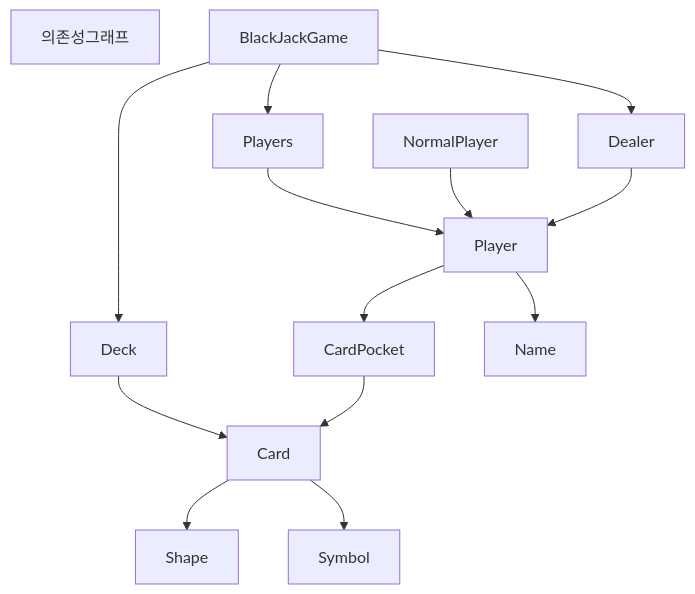
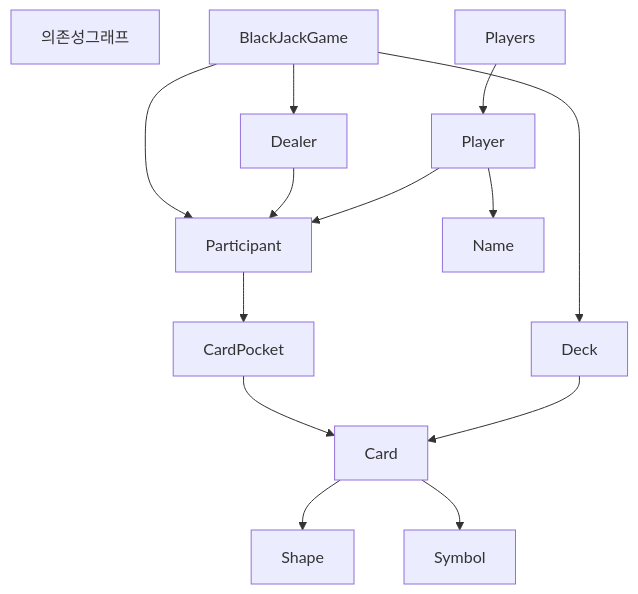
The diagram in README.md (woowacourse/java-blackjack), drawn with Mermaid before and after one commit. The commit also changed other lines of this file and 1 other file, not shown here.

Commit message:
feat: Participant 도메인 생성

````diff
--- a/README.md
+++ b/README.md
@@ -9,20 +9,20 @@
 ```mermaid
 graph TD
 의존성그래프
-BlackJackGame --> Players
+BlackJackGame --> Participant
 BlackJackGame --> Deck
 BlackJackGame --> Dealer
 
 
-Player --> CardPocket
-Dealer --> Player
-NormalPlayer --> Player
+Participant --> CardPocket
+Dealer --> Participant
+Player --> Participant
 
 Players --> Player
 Player --> Name
 CardPocket --> Card
 
 Deck --> Card
 Card --> Shape
 Card --> Symbol
 ```
````
